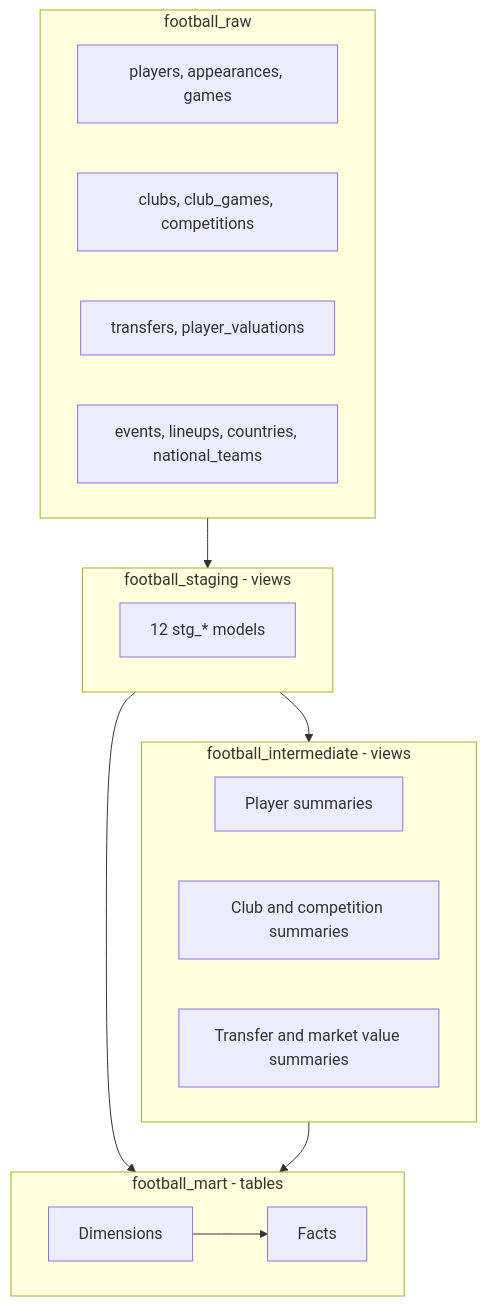
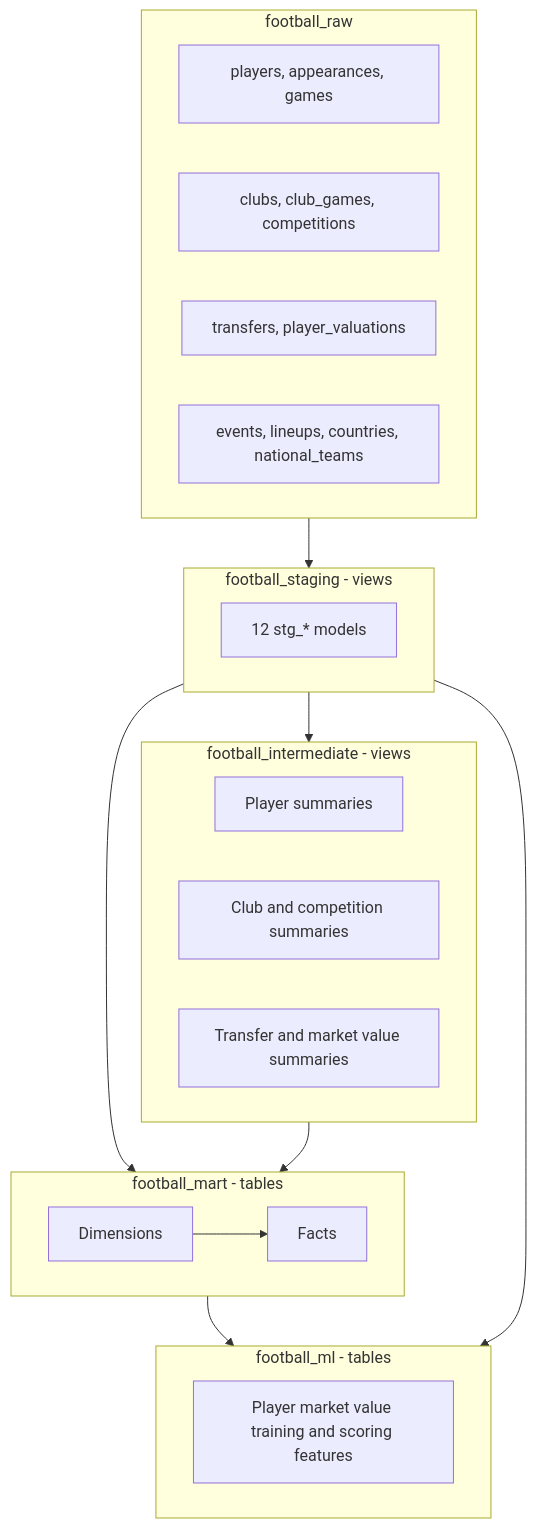
Before and after one commit to ilknurdenizozturk/football-player-performance-analysis: the diagram in docs/ARCHITECTURE.md, drawn with Mermaid. The commit also changed other lines of this file and 19 other files, not shown here.

Commit message:
feat: add player market value ML pipeline

````diff
--- a/docs/ARCHITECTURE.md
+++ b/docs/ARCHITECTURE.md
@@ -12,30 +13,36 @@
 ```mermaid
 flowchart TD
     subgraph Raw["football_raw"]
         R1["players, appearances, games"]
         R2["clubs, club_games, competitions"]
         R3["transfers, player_valuations"]
         R4["events, lineups, countries, national_teams"]
     end
 
     subgraph Staging["football_staging - views"]
         S["12 stg_* models"]
     end
 
     subgraph Intermediate["football_intermediate - views"]
         I1["Player summaries"]
         I2["Club and competition summaries"]
         I3["Transfer and market value summaries"]
     end
 
     subgraph Marts["football_mart - tables"]
         D["Dimensions"]
         F["Facts"]
     end
 
+    subgraph ML["football_ml - tables"]
+        M["Player market value training and scoring features"]
+    end
+
     Raw --> Staging
     Staging --> Intermediate
     Staging --> Marts
     Intermediate --> Marts
     D --> F
+    Marts --> ML
+    Staging --> ML
 ```
````
